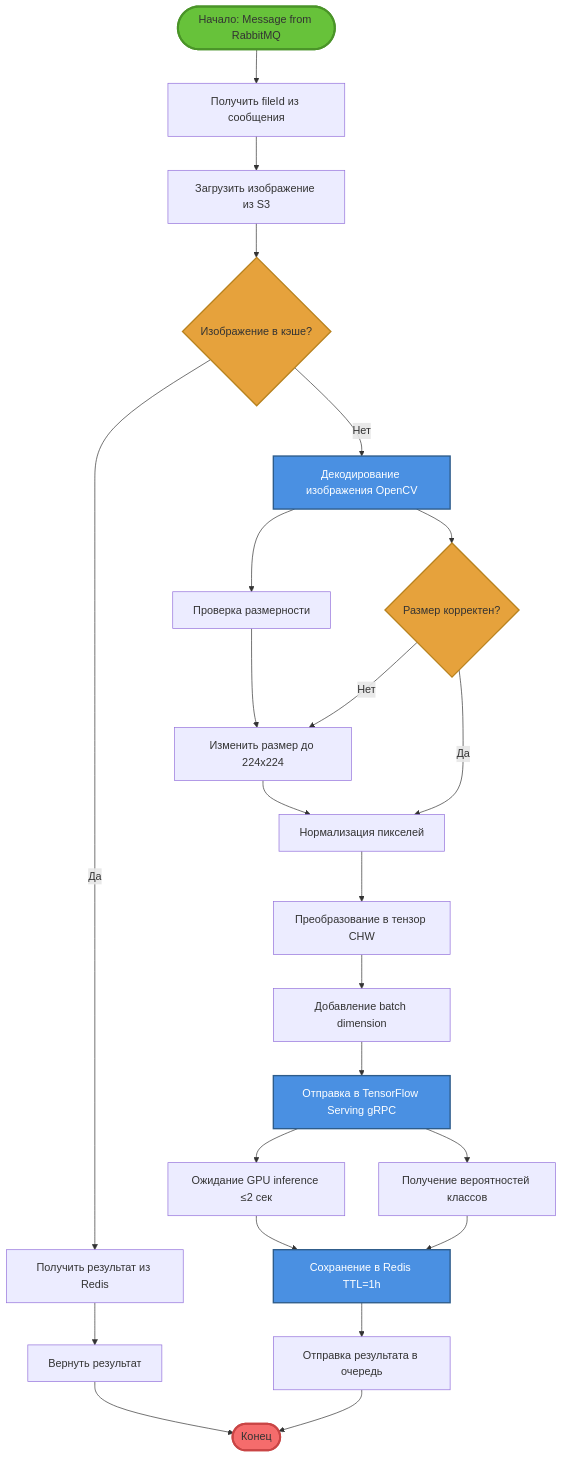
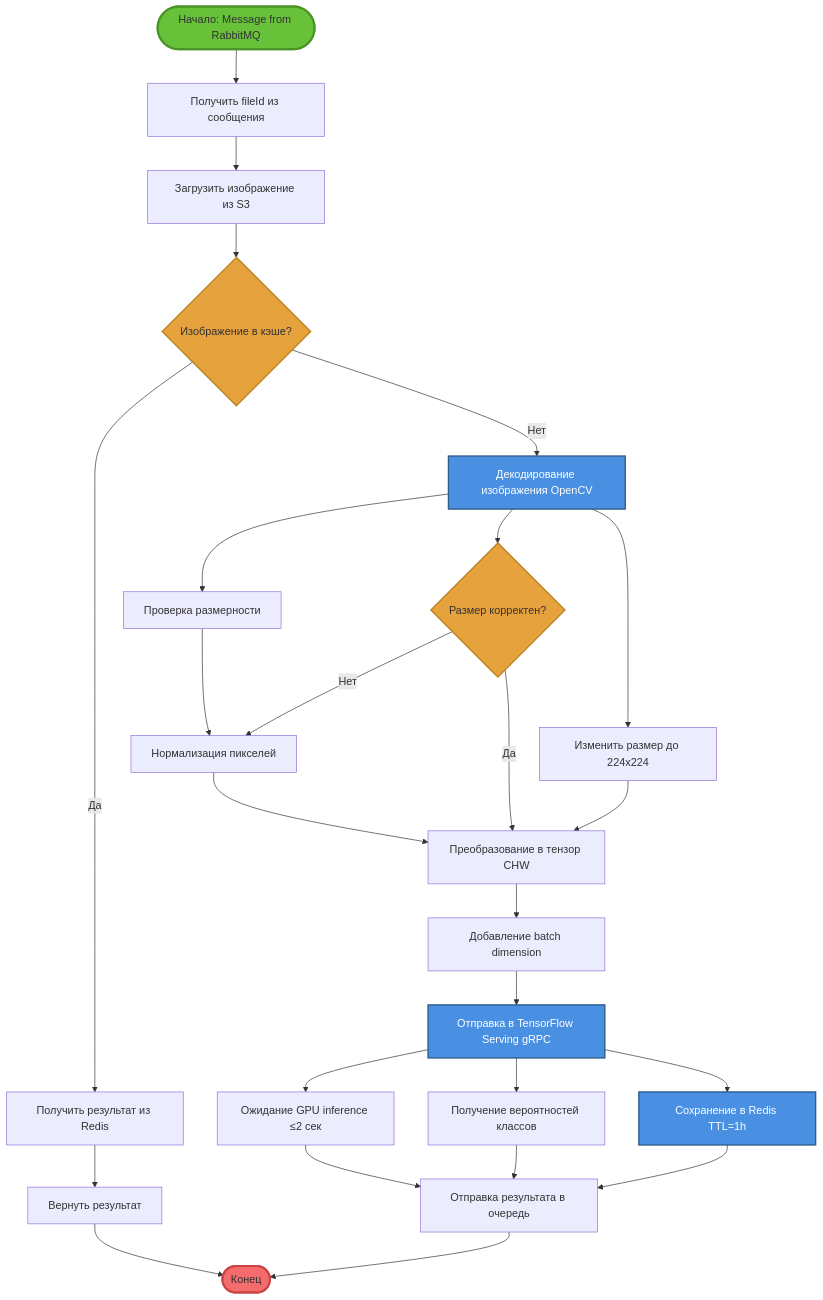
The second of 6 diagrams in src/architecture/uml/image-processing.md (Edisheri/system-engineering-playbook), drawn with Mermaid before and after one commit. The commit also changed other lines of this file and 1 other file, not shown here.

Commit message:
Optimize UML diagrams for screenshots: reduce height by adding more horizontal connections and simplifying Class diagrams

````diff
--- a/src/architecture/uml/image-processing.md
+++ b/src/architecture/uml/image-processing.md
@@ -74,58 +74,60 @@
 ```mermaid
 flowchart TD
     Start([Начало: Message from RabbitMQ])
     
     A[Получить fileId из сообщения]
     B[Загрузить изображение из S3]
     C{Изображение в кэше?}
     D[Получить результат из Redis]
     E[Вернуть результат]
     
     F[Декодирование изображения OpenCV]
     G[Проверка размерности]
     H{Размер корректен?}
     I[Изменить размер до 224x224]
     J[Нормализация пикселей]
     K[Преобразование в тензор CHW]
     L[Добавление batch dimension]
     
     M[Отправка в TensorFlow Serving gRPC]
     N[Ожидание GPU inference ≤2 сек]
     O[Получение вероятностей классов]
     P[Сохранение в Redis TTL=1h]
     Q[Отправка результата в очередь]
     End([Конец])
     
     Start --> A
     A --> B
     B --> C
     C -->|Да| D
     D --> E
     E --> End
     C -->|Нет| F
     
     F --> G
     F --> H
-    G --> I
-    H -->|Нет| I
-    H -->|Да| J
-    I --> J
+    F --> I
+    G --> J
+    H -->|Нет| J
+    H -->|Да| K
+    I --> K
     J --> K
     K --> L
     L --> M
     
     M --> N
     M --> O
-    N --> P
-    O --> P
+    M --> P
+    N --> Q
+    O --> Q
     P --> Q
     Q --> End
     
     style Start fill:#67c23a,stroke:#4a9428,stroke-width:3px
     style End fill:#f56c6c,stroke:#c94545,stroke-width:3px
     style C fill:#e6a23c,stroke:#b8821e,stroke-width:2px
     style H fill:#e6a23c,stroke:#b8821e,stroke-width:2px
     style F fill:#4a90e2,stroke:#2e5c8a,stroke-width:2px,color:#fff
     style M fill:#4a90e2,stroke:#2e5c8a,stroke-width:2px,color:#fff
     style P fill:#4a90e2,stroke:#2e5c8a,stroke-width:2px,color:#fff
 ```
````
